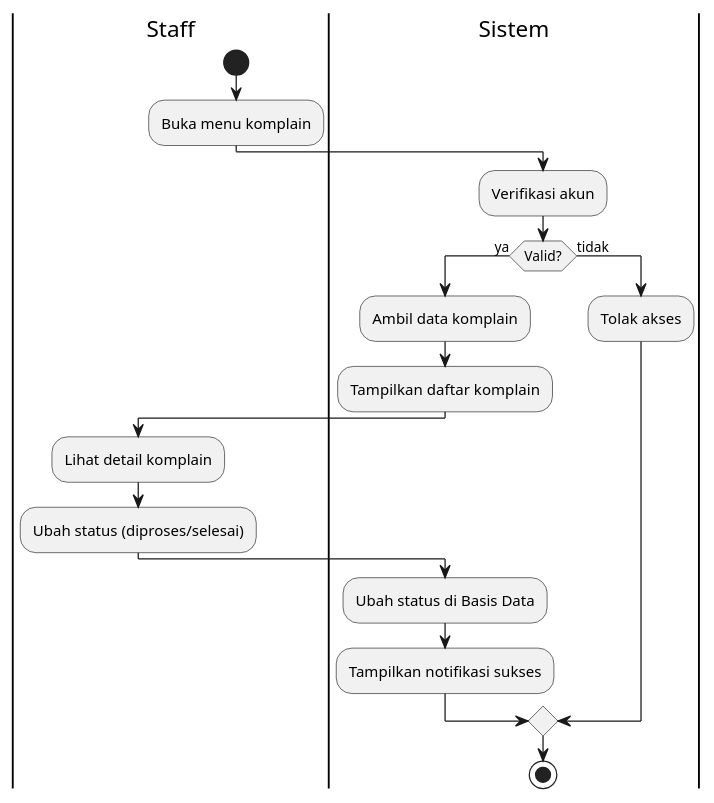
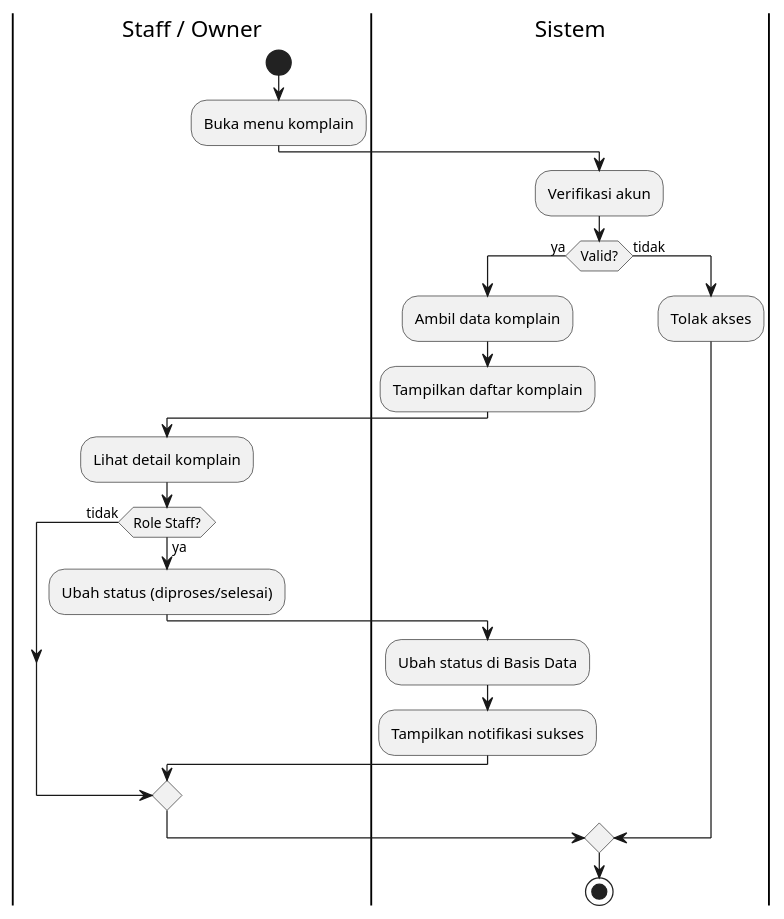
Before and after one commit to ahmadyasser72/tem-2: the diagram in docs/diagrams/act_view_complaint.pu, drawn with PlantUML. The commit also changed 21 other files, not shown here.

Commit message:
fix format, tambah aktor (owner), tambah resolved_by pada tabel complaints, ubah class diagram menggunakan plantuml

```diff
--- a/docs/diagrams/act_view_complaint.pu
+++ b/docs/diagrams/act_view_complaint.pu
@@ -1,25 +1,28 @@
 @startuml
-|Staff|
+|Staff / Owner|
 start
 :Buka menu komplain;
 
 |Sistem|
 :Verifikasi akun;
 
 if (Valid?) then (ya)
   :Ambil data komplain;
   :Tampilkan daftar komplain;
   
-  |Staff|
+  |Staff / Owner|
   :Lihat detail komplain;
-  :Ubah status (diproses/selesai);
-  
-  |Sistem|
-  :Ubah status di Basis Data;
-  :Tampilkan notifikasi sukses;
+  if (Role Staff?) then (ya)
+    :Ubah status (diproses/selesai);
+    
+    |Sistem|
+    :Ubah status di Basis Data;
+    :Tampilkan notifikasi sukses;
+  else (tidak)
+  endif
 else (tidak)
   :Tolak akses;
 endif
 
 stop
 @enduml
```
